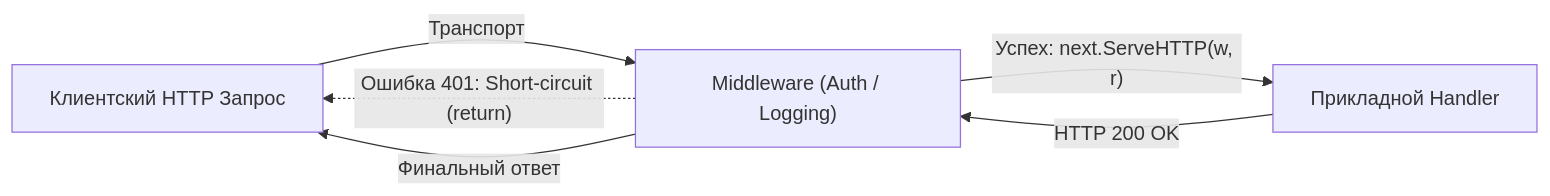
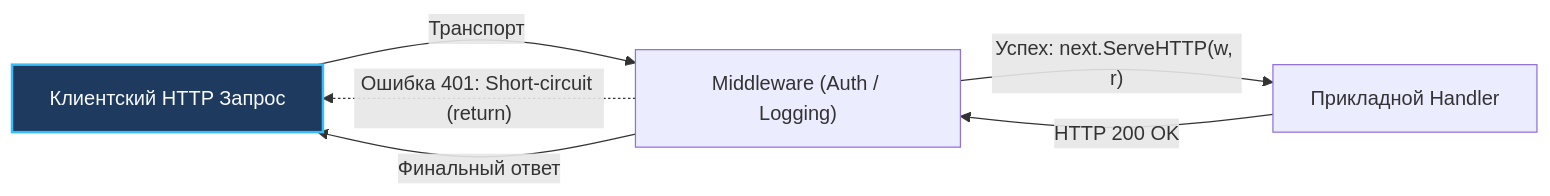
One commit to UnrealTemplier/go-textbook changed the diagram in sources/15. Тестирование в Go (QA & Testing)/06. HTTP и API тестирование/3. Middleware тестирование.md. Above: the diagram before and after it, drawn with Mermaid. The commit also changed 1666 other files, not shown here.

First line of the commit message:
feat(mermaid): add semantic color classDef to 1369 colorless flowchart/graph diagrams

````diff
--- a/sources/15. Тестирование в Go (QA & Testing)/06. HTTP и API тестирование/3. Middleware тестирование.md
+++ b/sources/15. Тестирование в Go (QA & Testing)/06. HTTP и API тестирование/3. Middleware тестирование.md
@@ -25,8 +25,18 @@
 ```mermaid
 flowchart LR
-    Client["Клиентский HTTP Запрос"] -->|"Транспорт"| MW["Middleware (Auth / Logging)"]
+    classDef process  fill:#1e293b,stroke:#38bdf8,stroke-width:1px,color:#f8fafc
+    classDef success  fill:#064e3b,stroke:#34d399,stroke-width:1px,color:#f8fafc
+    classDef error    fill:#7f1d1d,stroke:#f87171,stroke-width:1px,color:#f8fafc
+    classDef warning  fill:#78350f,stroke:#fbbf24,stroke-width:1px,color:#f8fafc
+    classDef entry    fill:#1e3a5f,stroke:#38bdf8,stroke-width:2px,color:#f8fafc
+    classDef aux      fill:#334155,stroke:#64748b,stroke-width:1px,color:#f8fafc
+    classDef system   fill:#312e81,stroke:#a78bfa,stroke-width:1px,color:#f8fafc
+    classDef data     fill:#132d29,stroke:#2dd4bf,stroke-width:1px,color:#f8fafc
+    classDef network  fill:#881337,stroke:#fb7185,stroke-width:1px,color:#f8fafc
+    classDef accent   fill:#1e1b4b,stroke:#818cf8,stroke-width:1px,color:#f8fafc
+    Client["Клиентский HTTP Запрос"]:::entry -->|"Транспорт"| MW["Middleware (Auth / Logging)"]
     MW -->|"Успех: next.ServeHTTP(w, r)"| Handler["Прикладной Handler"]
     MW -.->|"Ошибка 401: Short-circuit (return)"| Client
     Handler -->|"HTTP 200 OK"| MW
     MW -->|"Финальный ответ"| Client
 ```
````
